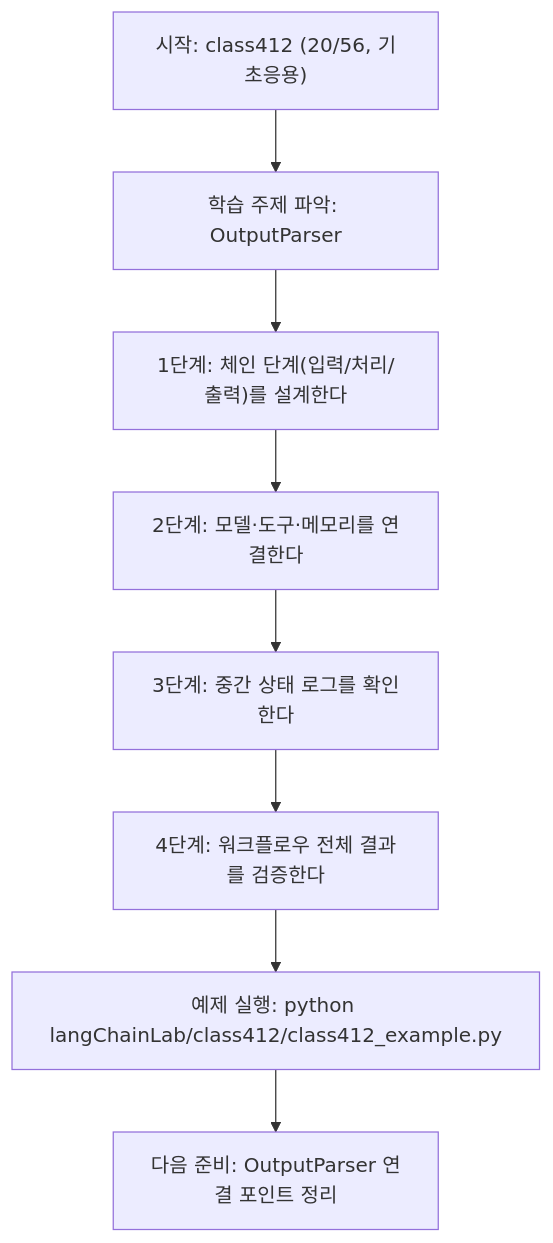
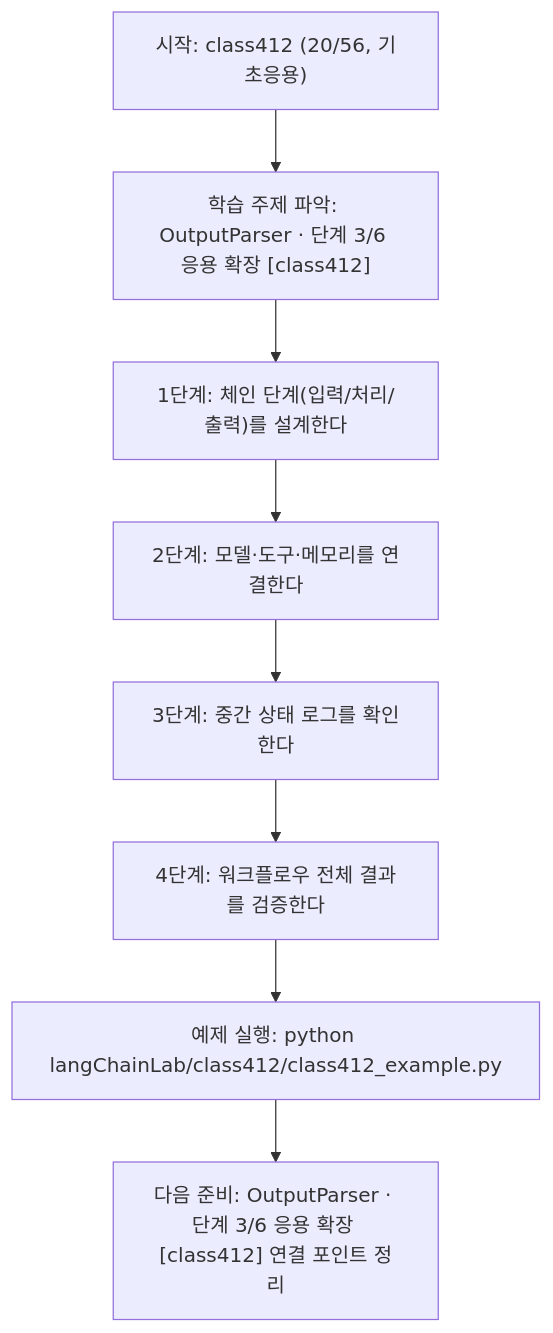
The diagram in langChainLab/class412/class412.md (edumgt/Python-AI_Agent-Class), drawn with Mermaid before and after one commit. The commit also changed other lines of this file and 522 other files, not shown here.

````diff
--- a/langChainLab/class412/class412.md
+++ b/langChainLab/class412/class412.md
@@ -107,18 +108,18 @@
 ```mermaid
 flowchart TD
 N1["시작: class412 (20/56, 기초응용)"]
-N2["학습 주제 파악: OutputParser"]
+N2["학습 주제 파악: OutputParser · 단계 3/6 응용 확장 [class412]"]
 N3["1단계: 체인 단계(입력/처리/출력)를 설계한다"]
 N4["2단계: 모델·도구·메모리를 연결한다"]
 N5["3단계: 중간 상태 로그를 확인한다"]
 N6["4단계: 워크플로우 전체 결과를 검증한다"]
 N7["예제 실행: python langChainLab/class412/class412_example.py"]
-N8["다음 준비: OutputParser 연결 포인트 정리"]
+N8["다음 준비: OutputParser · 단계 3/6 응용 확장 [class412] 연결 포인트 정리"]
 N1 --> N2
 N2 --> N3
 N3 --> N4
 N4 --> N5
 N5 --> N6
 N6 --> N7
 N7 --> N8
 ```
````
